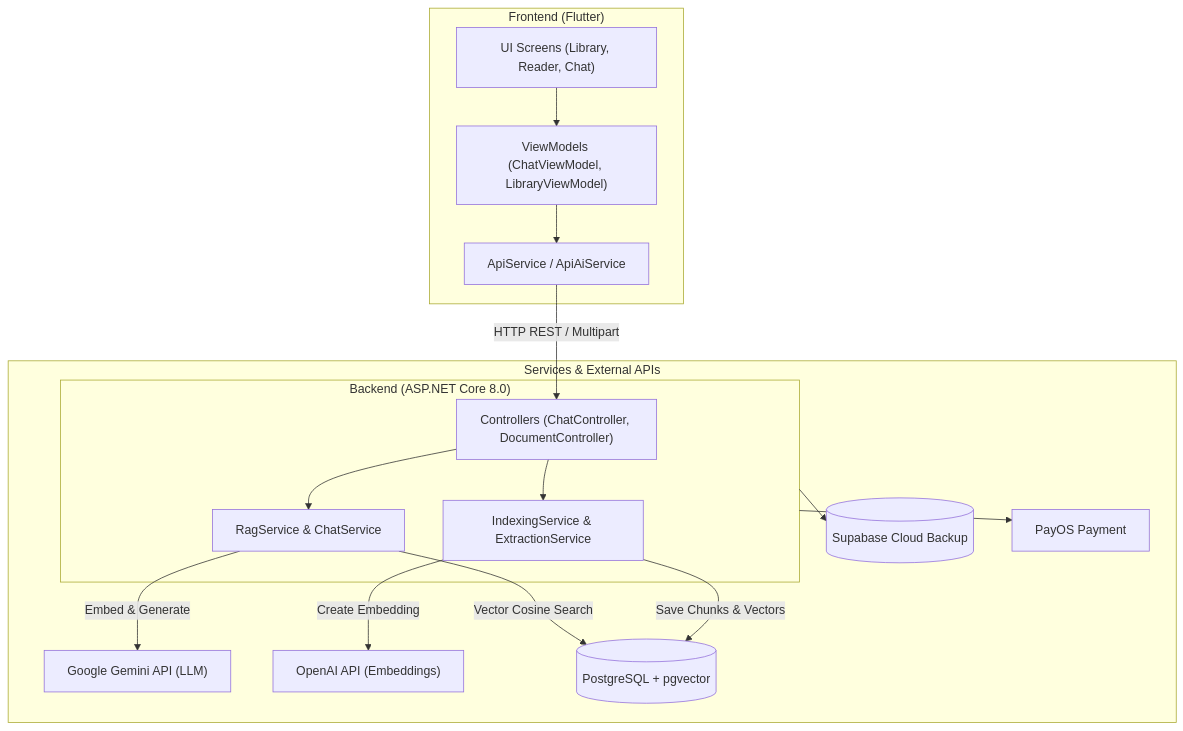
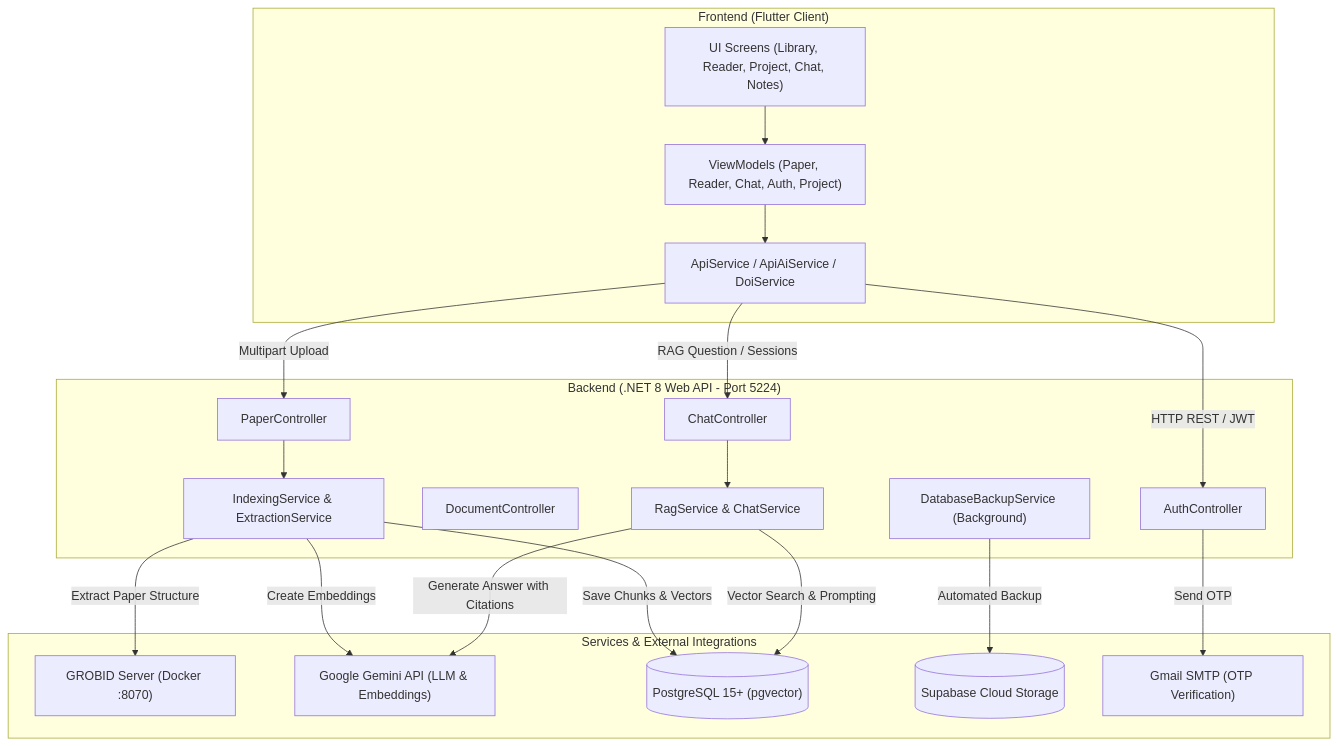
Before and after one commit to Artoriaaas/ChatBot: the diagram in README.md, drawn with Mermaid. The commit also changed other lines of this file, not shown here.

````diff
--- a/README.md
+++ b/README.md
@@ -63,34 +66,43 @@
 ```mermaid
 graph TD
-    subgraph Frontend ["Frontend (Flutter)"]
-        UI["UI Screens (Library, Reader, Chat)"]
-        VM["ViewModels (ChatViewModel, LibraryViewModel)"]
-        APISvc["ApiService / ApiAiService"]
-        UI --> VM --> APISvc
+    subgraph Frontend ["Frontend (Flutter Client)"]
+        UI["UI Screens (Library, Reader, Project, Chat, Notes)"]
+        VM["ViewModels (Paper, Reader, Chat, Auth, Project)"]
+        Svc["ApiService / ApiAiService / DoiService"]
+        UI --> VM --> Svc
     end
 
-    subgraph Backend ["Backend (ASP.NET Core 8.0)"]
-        Controller["Controllers (ChatController, DocumentController)"]
-        RagSvc["RagService & ChatService"]
-        IndexSvc["IndexingService & ExtractionService"]
+    subgraph Backend ["Backend (.NET 8 Web API - Port 5224)"]
+        AuthCtrl["AuthController"]
+        PaperCtrl["PaperController"]
+        DocCtrl["DocumentController"]
+        ChatCtrl["ChatController"]
         
-        APISvc -->|HTTP REST / Multipart| Controller
-        Controller --> RagSvc
-        Controller --> IndexSvc
+        RagEngine["RagService & ChatService"]
+        IndexEngine["IndexingService & ExtractionService"]
+        BackupSvc["DatabaseBackupService (Background)"]
+
+        Svc -->|HTTP REST / JWT| AuthCtrl
+        Svc -->|Multipart Upload| PaperCtrl
+        Svc -->|RAG Question / Sessions| ChatCtrl
+        
+        PaperCtrl --> IndexEngine
+        ChatCtrl --> RagEngine
     end
 
-    subgraph External ["Services & External APIs"]
-        Gemini["Google Gemini API (LLM)"]
-        OpenAI["OpenAI API (Embeddings)"]
-        PgVector[(PostgreSQL + pgvector)]
-        Supabase[(Supabase Cloud Backup)]
-        PayOS[PayOS Payment]
+    subgraph External ["Services & External Integrations"]
+        Grobid["GROBID Server (Docker :8070)"]
+        Gemini["Google Gemini API (LLM & Embeddings)"]
+        PgVector[("PostgreSQL 15+ (pgvector)")]
+        Supabase[("Supabase Cloud Storage")]
+        Gmail["Gmail SMTP (OTP Verification)"]
         
-        RagSvc -->|Embed & Generate| Gemini
-        IndexSvc -->|Create Embedding| OpenAI
-        RagSvc -->|Vector Cosine Search| PgVector
-        IndexSvc -->|Save Chunks & Vectors| PgVector
-        Backend --> Supabase
-        Backend --> PayOS
+        IndexEngine -->|Extract Paper Structure| Grobid
+        IndexEngine -->|Create Embeddings| Gemini
+        IndexEngine -->|Save Chunks & Vectors| PgVector
+        RagEngine -->|Vector Search & Prompting| PgVector
+        RagEngine -->|Generate Answer with Citations| Gemini
+        BackupSvc -->|Automated Backup| Supabase
+        AuthCtrl -->|Send OTP| Gmail
     end
 ```
````
